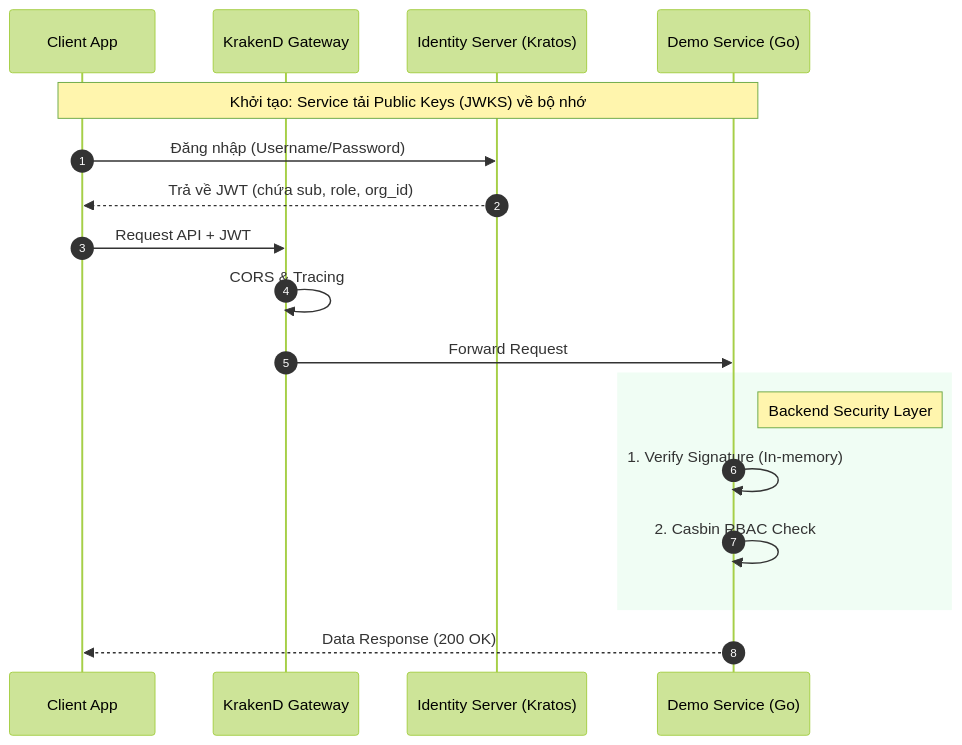
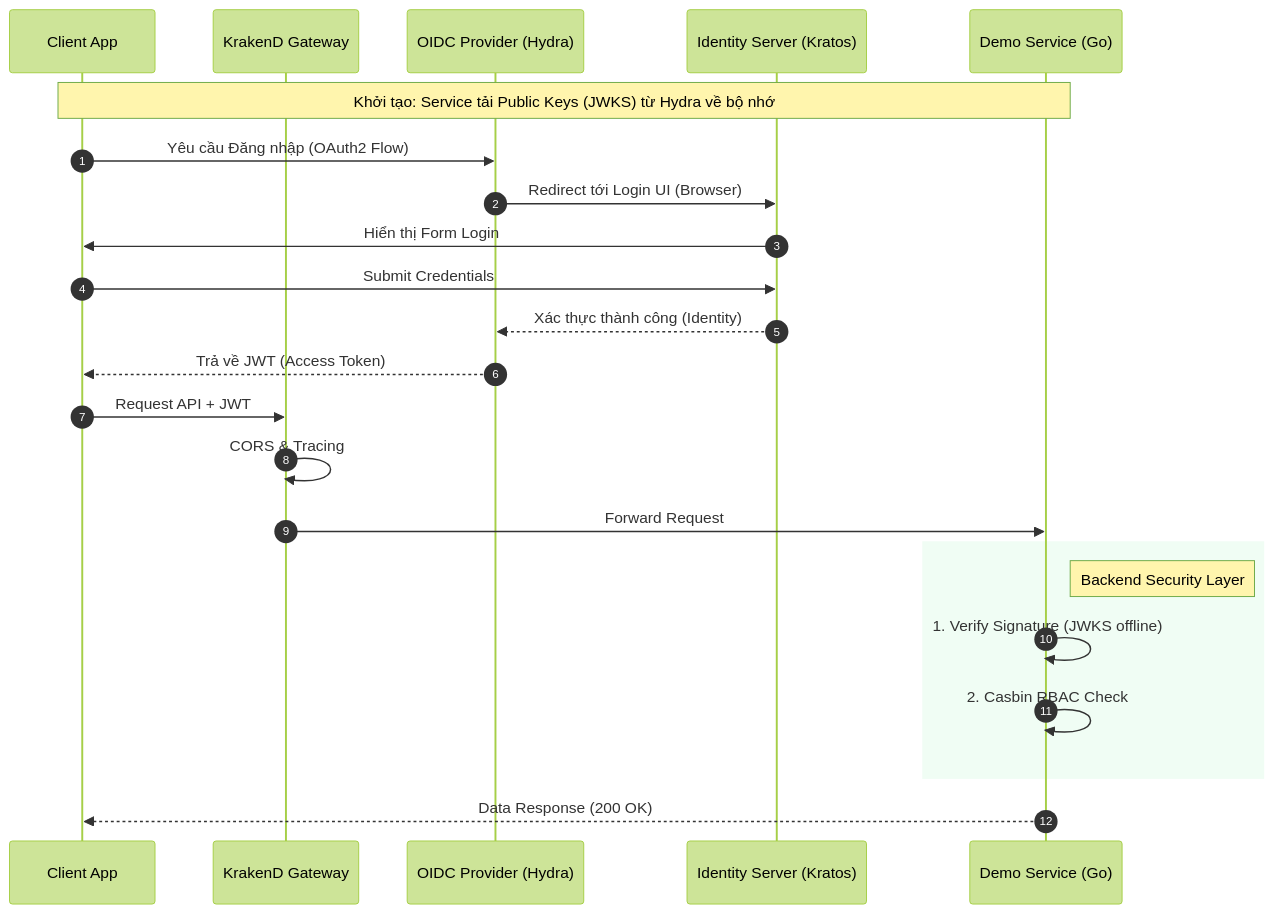
One commit to dungxbuif/RuntimeRoasters changed the second of 2 diagrams in docs/architecture/system-architecture.md. Above: the diagram before and after it, drawn with Mermaid (forest theme). The commit also changed other lines of this file and 14 other files, not shown here.

````diff
--- a/docs/architecture/system-architecture.md
+++ b/docs/architecture/system-architecture.md
@@ -61,25 +63,30 @@
 ```mermaid
 sequenceDiagram
     autonumber
     participant Client as Client App
     participant Gateway as KrakenD Gateway
-    participant IDP as Identity Server (Kratos)
+    participant Hydra as OIDC Provider (Hydra)
+    participant Kratos as Identity Server (Kratos)
     participant Service as Demo Service (Go)
 
-    Note over Client, Service: Khởi tạo: Service tải Public Keys (JWKS) về bộ nhớ
+    Note over Client, Service: Khởi tạo: Service tải Public Keys (JWKS) từ Hydra về bộ nhớ
 
-    Client->>IDP: Đăng nhập (Username/Password)
-    IDP-->>Client: Trả về JWT (chứa sub, role, org_id)
+    Client->>Hydra: Yêu cầu Đăng nhập (OAuth2 Flow)
+    Hydra->>Kratos: Redirect tới Login UI (Browser)
+    Kratos->>Client: Hiển thị Form Login
+    Client->>Kratos: Submit Credentials
+    Kratos-->>Hydra: Xác thực thành công (Identity)
+    Hydra-->>Client: Trả về JWT (Access Token)
 
     Client->>Gateway: Request API + JWT
     Gateway->>Gateway: CORS & Tracing
     Gateway->>Service: Forward Request
 
     rect rgb(240, 253, 244)
         Note right of Service: Backend Security Layer
-        Service->>Service: 1. Verify Signature (In-memory)
+        Service->>Service: 1. Verify Signature (JWKS offline)
         Service->>Service: 2. Casbin RBAC Check
     end
 
     Service-->>Client: Data Response (200 OK)
 ```
````
